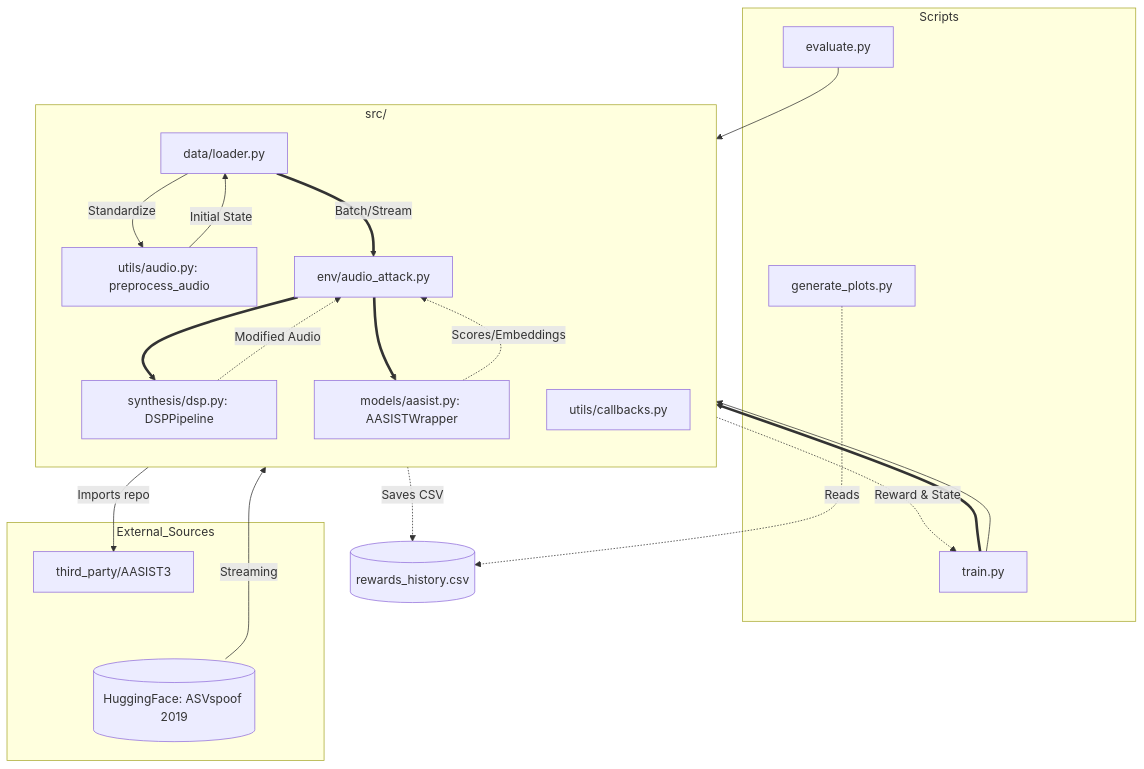
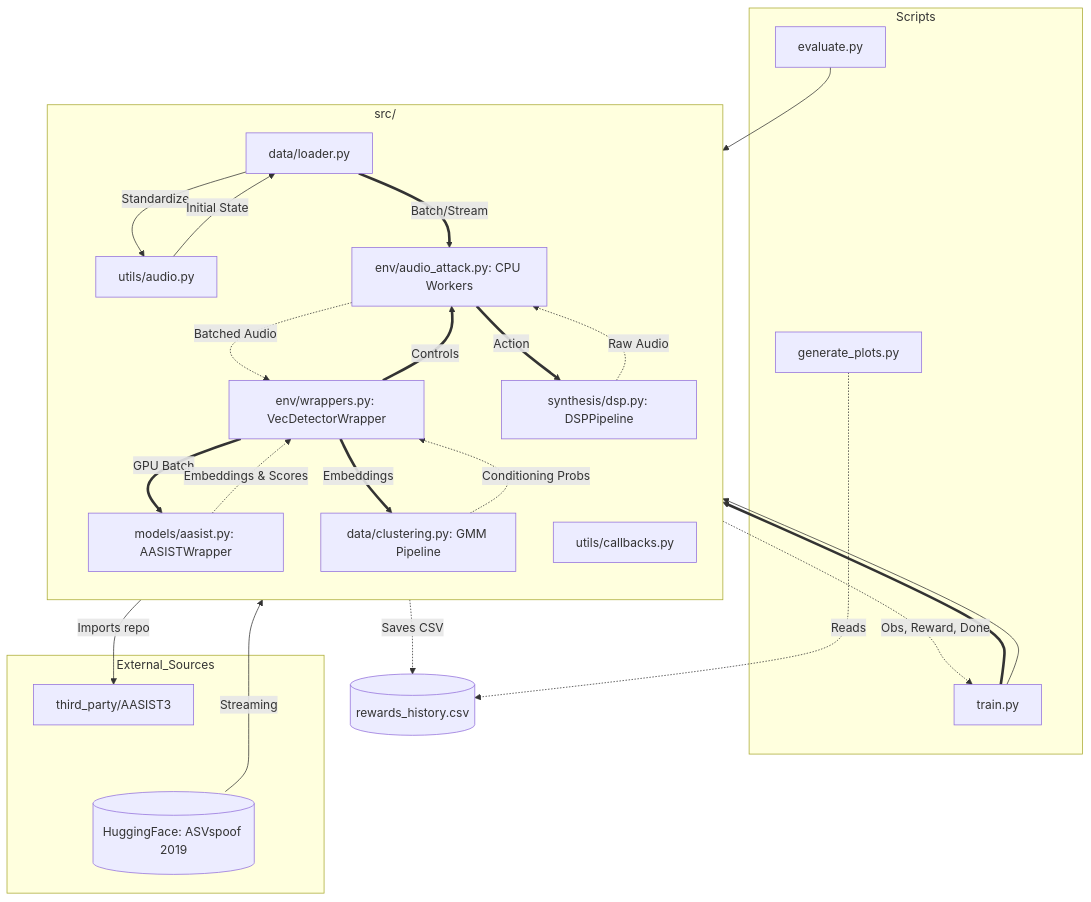
Before and after one commit to MLsound/KON-Artist: the diagram in README.md, drawn with Mermaid. The commit also changed other lines of this file, not shown here.

First line of the commit message:
docs: Document batched GPU inference & clustering

````diff
--- a/README.md
+++ b/README.md
@@ -17,55 +19,60 @@
 ```mermaid
 graph TD
     subgraph Scripts
         T[train.py]
-        L1[ ]
-        style L1 fill:none,stroke:none
         E[evaluate.py]
         G[generate_plots.py]
     end
 
     subgraph Core_Library [src/]
         direction TB
         LDR[data/loader.py]
-        ENV[env/audio_attack.py]
+        ENV[env/audio_attack.py: CPU Workers]
+        WRP[env/wrappers.py: VecDetectorWrapper]
         DSP[synthesis/dsp.py: DSPPipeline]
         MDL[models/aasist.py: AASISTWrapper]
-        AUD[utils/audio.py: preprocess_audio]
+        CLS[data/clustering.py: GMM Pipeline]
+        AUD[utils/audio.py]
         UTL[utils/callbacks.py]
     end
 
     subgraph External_Sources
         TP[third_party/AASIST3]
         HF[(HuggingFace: ASVspoof 2019)]
     end
 
     %% Training Data Flow (Pipeline)
     HF -->|Streaming| LDR
     LDR -->|Standardize| AUD
     AUD -->|Initial State| LDR
     LDR ==>|Batch/Stream| ENV
     
-    %% Training Logic
-    T ==> ENV
-    ENV ==> DSP
-    ENV ==> MDL
+    %% Training Logic (New Architecture)
+    T ==> WRP
+    WRP ==>|Controls| ENV
+    ENV ==>|Action| DSP
+    DSP -.->|Raw Audio| ENV
+    ENV -.->|Batched Audio| WRP
+    
+    WRP ==>|GPU Batch| MDL
+    MDL -.->|Embeddings & Scores| WRP
+    
+    WRP ==>|Embeddings| CLS
+    CLS -.->|Conditioning Probs| WRP
+    
+    WRP -.->|Obs, Reward, Done| T
     T --> UTL
     
     %% Inference & Utilities
     E --> MDL
     
     %% Data Persistence
     UTL -.->|Saves CSV| CSV[(rewards_history.csv)]
     G -.->|Reads| CSV
     
     %% Model Dependency
     MDL -->|Imports repo| TP
 
-    %% Logic Description
-    ENV -.->|Reward & State| T
-    DSP -.->|Modified Audio| ENV
-    MDL -.->|Scores/Embeddings| ENV
-
     %% Invisible links
     TP ~~~ HF
 ```
````
